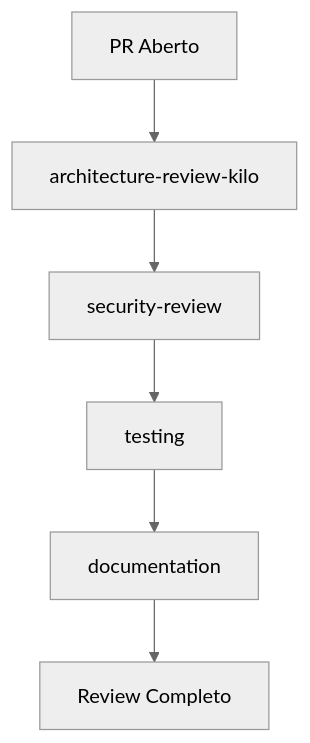
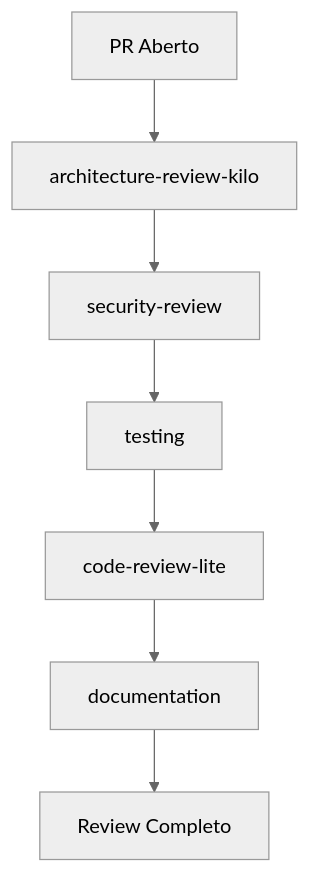
Before and after one commit to lscheffel/ignite-agents-skills: the third of 6 diagrams in USAGE.md, drawn with Mermaid (neutral theme). The commit also changed other lines of this file and 15 other files, not shown here.

````diff
--- a/USAGE.md
+++ b/USAGE.md
@@ -552,8 +611,9 @@
 ```mermaid
 graph TD
     A[PR Aberto] --> B[architecture-review-kilo]
     B --> C[security-review]
     C --> D[testing]
-    D --> E[documentation]
-    E --> F[Review Completo]
+    D --> E[code-review-lite]
+    E --> F[documentation]
+    F --> G[Review Completo]
 ```
````
